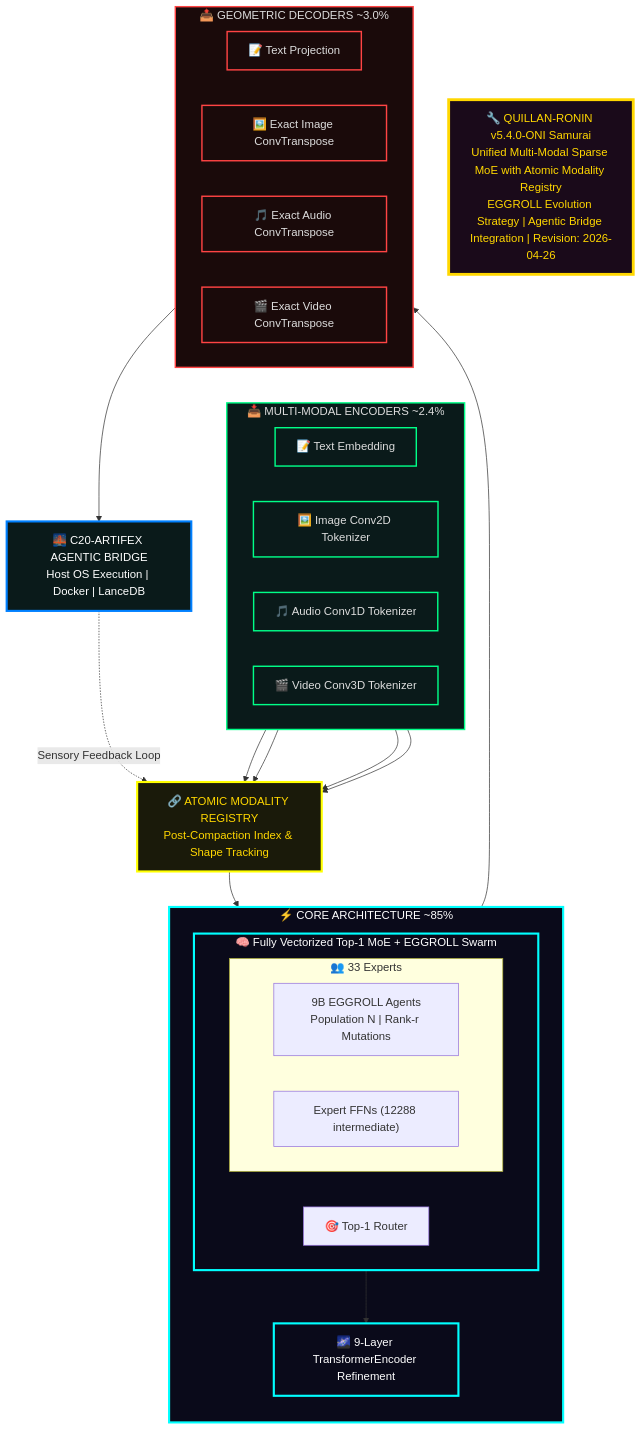
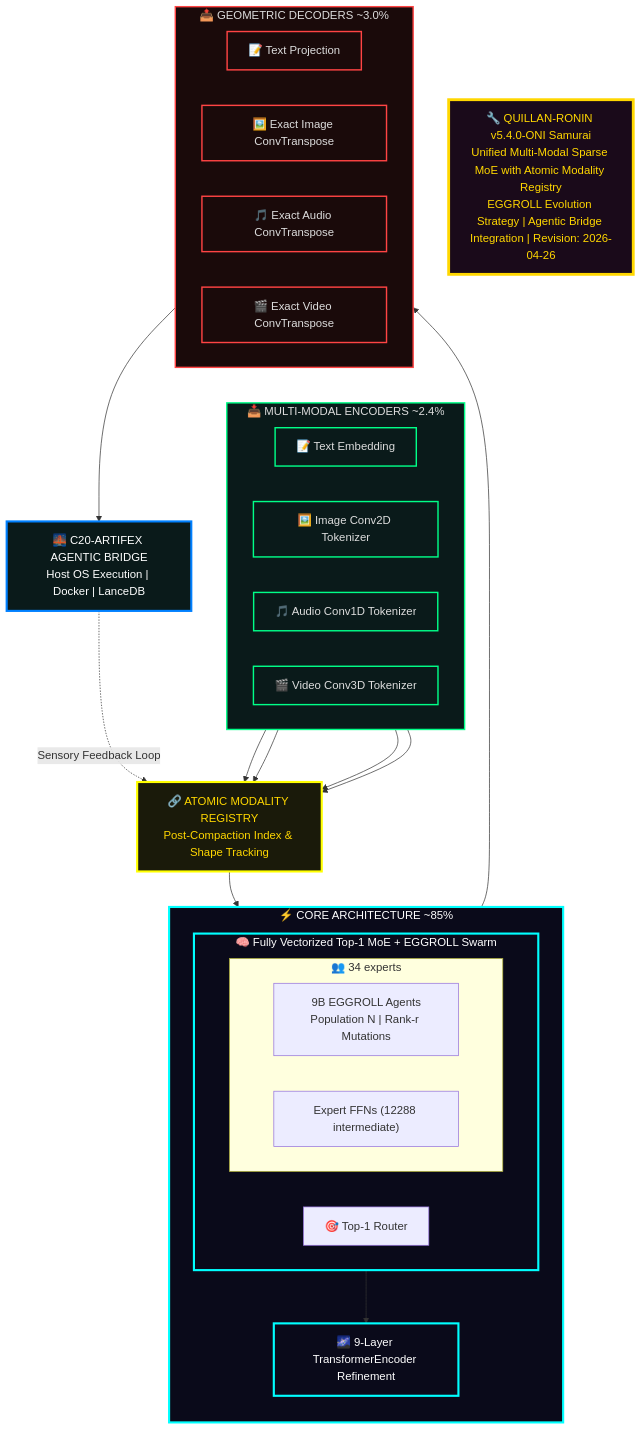
One commit to leeex1/Quillan-Ronin changed the sixth of 46 diagrams in 02 - Knowledge Foundation/knowledge/canonical/3-Quillan(reality).md. Above: the diagram before and after it, drawn with Mermaid. The commit also changed other lines of this file and 643 other files, not shown here.

````diff
--- a/02 - Knowledge Foundation/knowledge/canonical/3-Quillan(reality).md
+++ b/02 - Knowledge Foundation/knowledge/canonical/3-Quillan(reality).md
@@ -2263,67 +2264,67 @@
 ```mermaid
 flowchart TB
     %% SYSTEM HEADER
     SYS_HEADER["🔧 QUILLAN-RONIN v5.4.0-ONI Samurai<br/>Unified Multi-Modal Sparse MoE with Atomic Modality Registry<br/>EGGROLL Evolution Strategy | Agentic Bridge Integration | Revision: 2026-04-26"]
 
     %% INPUT LAYER
     subgraph INPUT_LAYER ["📥 MULTI-MODAL ENCODERS ~2.4%"]
         direction LR
         TEXT_ENC["📝 Text Embedding"]
         IMG_ENC["🖼️ Image Conv2D Tokenizer"]
         AUD_ENC["🎵 Audio Conv1D Tokenizer"]
         VID_ENC["🎬 Video Conv3D Tokenizer"]
     end
 
     %% ATOMIC REGISTRY
     REGISTRY["🔗 ATOMIC MODALITY REGISTRY<br/>Post-Compaction Index & Shape Tracking"]
 
     %% CORE
     subgraph CORE ["⚡ CORE ARCHITECTURE ~85%"]
         direction TB
         subgraph MOE_CORE ["🧠 Fully Vectorized Top-1 MoE + EGGROLL Swarm"]
             ROUTER["🎯 Top-1 Router"]
-            subgraph EXPERTS ["👥 33 Experts"]
+            subgraph EXPERTS ["👥 34 experts"]
                 direction LR
                 SWARM["9B EGGROLL Agents<br/>Population N | Rank-r Mutations"]
                 EXPERTS_BLOCK["Expert FFNs (12288 intermediate)"]
             end
         end
 
         DIFFUSION["🌌 9-Layer TransformerEncoder Refinement"]
     end
 
     %% OUTPUT
     subgraph OUTPUT ["📤 GEOMETRIC DECODERS ~3.0%"]
         direction LR
         TEXT_DEC["📝 Text Projection"]
         IMG_DEC["🖼️ Exact Image ConvTranspose"]
         AUD_DEC["🎵 Exact Audio ConvTranspose"]
         VID_DEC["🎬 Exact Video ConvTranspose"]
     end
 
     %% AGENTIC BRIDGE
     BRIDGE["🌉 C20-ARTIFEX AGENTIC BRIDGE<br/>Host OS Execution | Docker | LanceDB"]
 
     %% FLOW
     TEXT_ENC & IMG_ENC & AUD_ENC & VID_ENC --> REGISTRY
     REGISTRY --> MOE_CORE
     MOE_CORE --> DIFFUSION
     DIFFUSION --> OUTPUT
     OUTPUT --> BRIDGE
     BRIDGE -.->|"Sensory Feedback Loop"| REGISTRY
 
     %% STYLING
     classDef header fill:#1a0a1a,stroke:#ffd700,stroke-width:4px,color:#ffd700
     classDef input fill:#0a1a1a,stroke:#00ff88,stroke-width:2px,color:#ddd
     classDef registry fill:#1a1a0a,stroke:#ffff00,stroke-width:3px,color:#ffd700
     classDef core fill:#0a0a1a,stroke:#00ffff,stroke-width:3px,color:#fff
     classDef output fill:#1a0a0a,stroke:#ff4444,stroke-width:2px,color:#ddd
     classDef bridge fill:#0a1a1a,stroke:#0080ff,stroke-width:3px,color:#ffffff
 
     class SYS_HEADER header
     class INPUT_LAYER,TEXT_ENC,IMG_ENC,AUD_ENC,VID_ENC input
     class REGISTRY registry
     class CORE,MOE_CORE,DIFFUSION core
     class OUTPUT,TEXT_DEC,IMG_DEC,AUD_DEC,VID_DEC output
     class BRIDGE bridge
 ```
````
